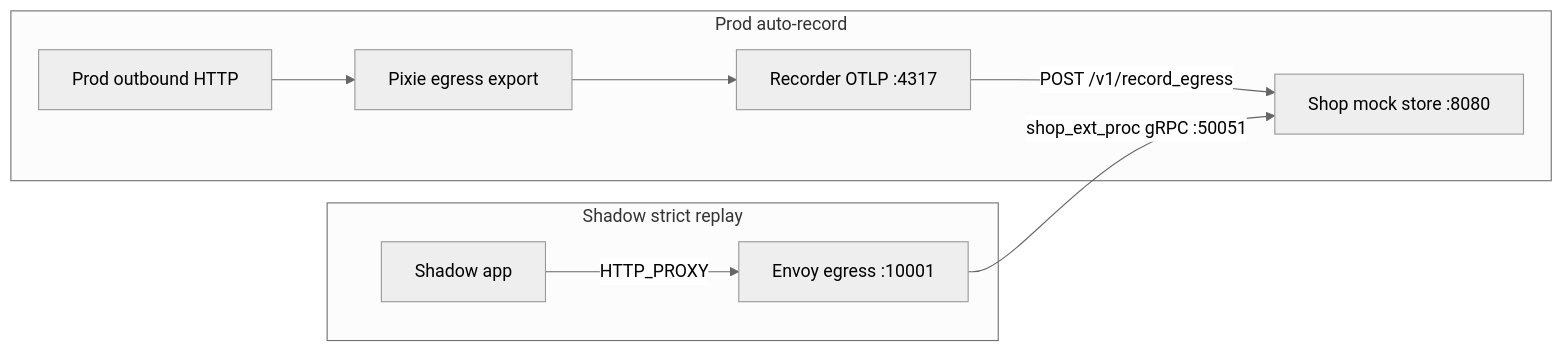
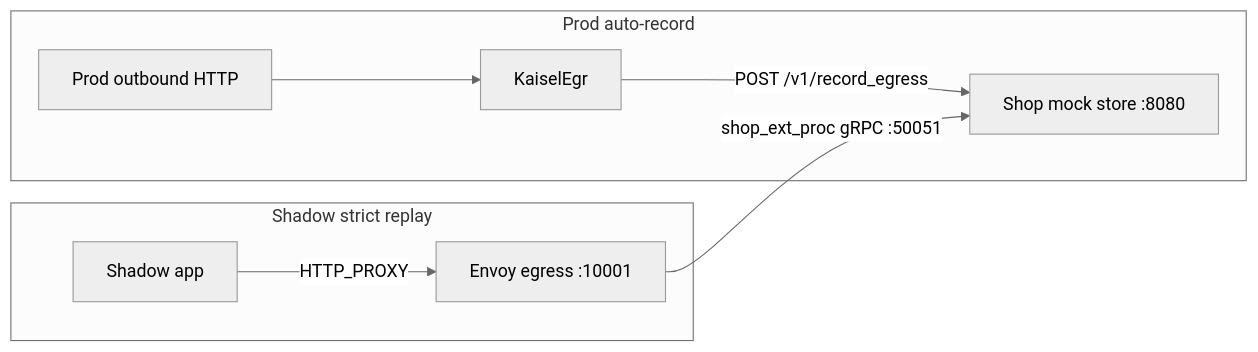
One commit to nederrgo/shadow-diff changed the fourth of 5 diagrams in docs/architecture/ARCHITECTURE.md. Above: the diagram before and after it, drawn with Mermaid (neutral theme). The commit also changed other lines of this file and 135 other files, not shown here.

````diff
--- a/docs/architecture/ARCHITECTURE.md
+++ b/docs/architecture/ARCHITECTURE.md
@@ -341,18 +311,15 @@
 ```mermaid
 flowchart LR
   subgraph record [Prod auto-record]
     ProdOut[Prod outbound HTTP]
-    PixieEgr[Pixie egress export]
-    RecorderSvc[Recorder OTLP :4317]
     ShopStore[Shop mock store :8080]
-    ProdOut --> PixieEgr
-    PixieEgr --> RecorderSvc
-    RecorderSvc -->|POST /v1/record_egress| ShopStore
+    ProdOut --> KaiselEgr
+    KaiselEgr -->|POST /v1/record_egress| ShopStore
   end
   subgraph replay [Shadow strict replay]
     ShadowApp[Shadow app]
     EgrEnv[Envoy egress :10001]
     ShadowApp -->|HTTP_PROXY| EgrEnv
     EgrEnv -->|shop_ext_proc gRPC :50051| ShopStore
   end
 ```
````
